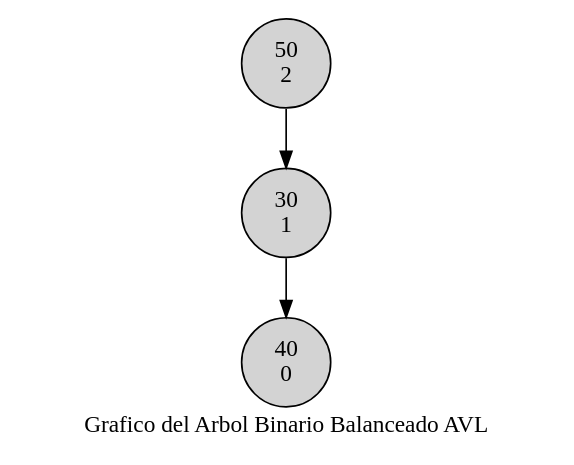
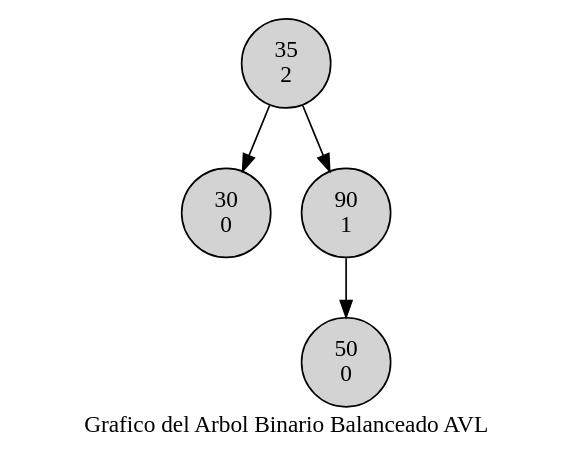
Before and after one commit to av-edson/EDD-Estructuras: the diagram in estructuras/Resultado/GraficaArbol.dot, drawn with Graphviz. The commit also changed 9 other files, not shown here.

```diff
--- a/estructuras/Resultado/GraficaArbol.dot
+++ b/estructuras/Resultado/GraficaArbol.dot
@@ -1,12 +1,14 @@
 digraph D{
 node [shape=circle style=filled ] 
 label= " Grafico del Arbol Binario Balanceado AVL " 
-"50
+"35
 2" -> "30
+0" 
+"35
+2" -> "90
 1" 
-"30
-1" -> "40
+"90
+1" -> "50
 0" 
-"50
-2"
+
 }
```
